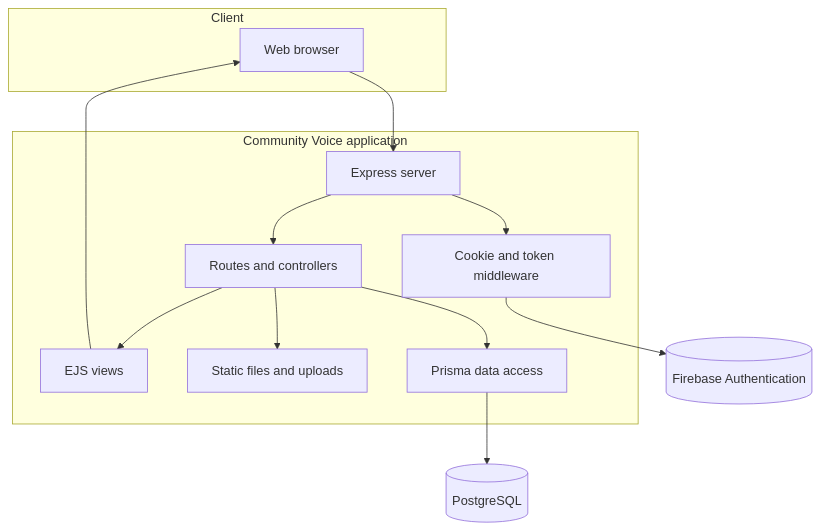
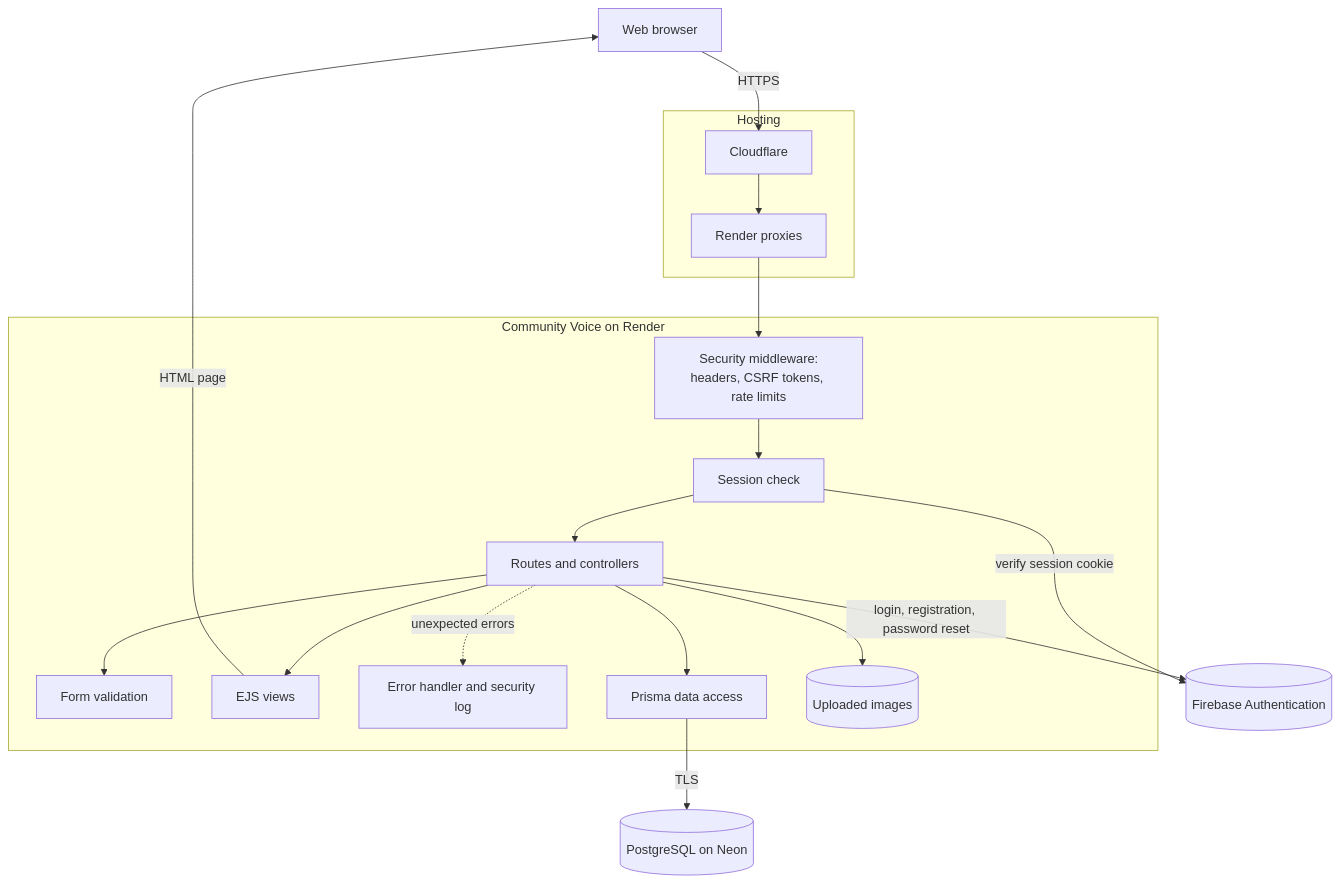
Before and after one commit to aframeymi/CV: the first of 2 diagrams in docs/conceptual-documentation.md, drawn with Mermaid. The commit also changed other lines of this file and 2 other files, not shown here.

First line of the commit message:
Redraw both diagrams in the conceptual documentation

````diff
--- a/docs/conceptual-documentation.md
+++ b/docs/conceptual-documentation.md
@@ -35,28 +35,32 @@
 ```mermaid
 flowchart TB
-    subgraph Client[Client]
-        Browser[Web browser]
+    Browser[Web browser]
+
+    subgraph Hosting[Hosting]
+        Cloudflare[Cloudflare]
+        RenderProxies[Render proxies]
     end
 
-    subgraph Application[Community Voice application]
-        Express[Express server]
-        AuthMiddleware[Cookie and token middleware]
+    subgraph Application[Community Voice on Render]
+        Security[Security middleware:<br/>headers, CSRF tokens, rate limits]
+        Session[Session check]
         Routes[Routes and controllers]
+        Validation[Form validation]
         Views[EJS views]
-        Uploads[Static files and uploads]
+        Errors[Error handler and security log]
         Prisma[Prisma data access]
+        Uploads[(Uploaded images)]
     end
 
     Firebase[(Firebase Authentication)]
-    PostgreSQL[(PostgreSQL)]
+    Neon[(PostgreSQL on Neon)]
 
-    Browser --> Express
-    Express --> AuthMiddleware
-    AuthMiddleware --> Firebase
-    Express --> Routes
-    Routes --> Views
-    Views --> Browser
+    Browser -->|HTTPS| Cloudflare --> RenderProxies --> Security --> Session --> Routes
+    Session -->|verify session cookie| Firebase
+    Routes -->|login, registration, password reset| Firebase
+    Routes --> Validation
+    Routes --> Prisma -->|TLS| Neon
     Routes --> Uploads
-    Routes --> Prisma
-    Prisma --> PostgreSQL
+    Routes --> Views -->|HTML page| Browser
+    Routes -. unexpected errors .-> Errors
 ```
````
